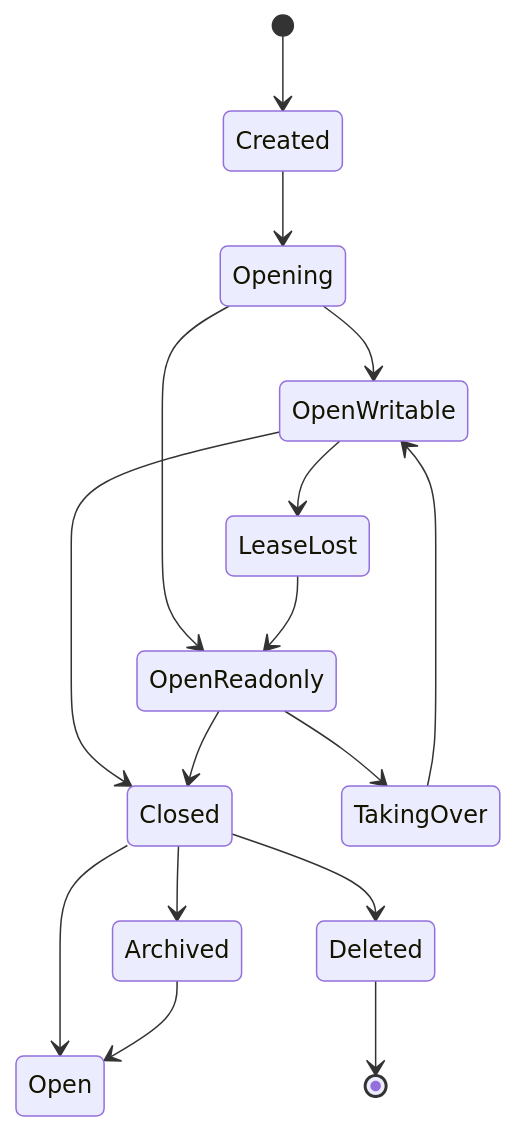
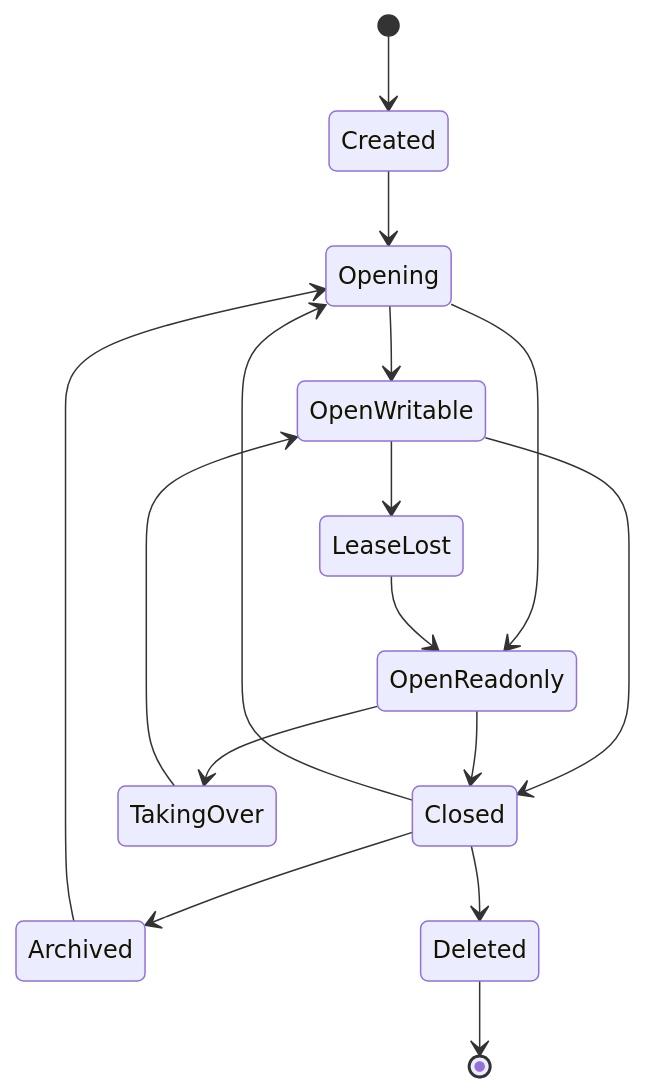
One commit to jinhuang712/open-novel changed the diagram in spec/platform/R01-project-lifecycle.md. Above: the diagram before and after it, drawn with Mermaid. The commit also changed 14 other files, not shown here.

````diff
--- a/spec/platform/R01-project-lifecycle.md
+++ b/spec/platform/R01-project-lifecycle.md
@@ -7,18 +7,18 @@
 ```mermaid
 stateDiagram-v2
   [*] --> Created
   Created --> Opening
   Opening --> OpenWritable
   Opening --> OpenReadonly
   OpenWritable --> Closed
   OpenReadonly --> Closed
   OpenReadonly --> TakingOver
   TakingOver --> OpenWritable
   OpenWritable --> LeaseLost
   LeaseLost --> OpenReadonly
-  Closed --> Open
+  Closed --> Opening
   Closed --> Archived
-  Archived --> Open
+  Archived --> Opening
   Closed --> Deleted
   Deleted --> [*]
 ```
````
